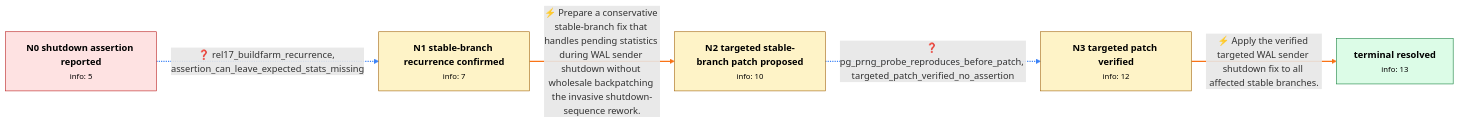
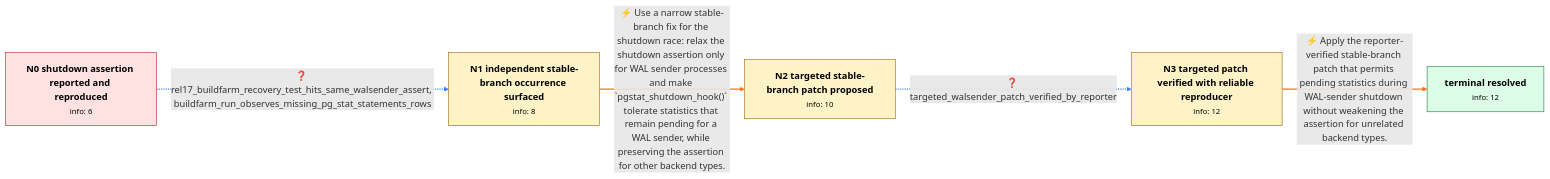
One commit to Chaoyi-He1/graph_bench changed the diagram in data/pgsql_v0/review/pg_bug_18158.md. Above: the diagram before and after it, drawn with Mermaid. The commit also changed other lines of this file and 56 other files, not shown here.

````diff
--- a/data/pgsql_v0/review/pg_bug_18158.md
+++ b/data/pgsql_v0/review/pg_bug_18158.md
@@ -10,24 +10,24 @@
 ```mermaid
 flowchart LR
-    N0["<b>N0 shutdown assertion reported</b><br/><small>info: 5</small>"]
-    N1["<b>N1 stable-branch recurrence confirmed</b><br/><small>info: 7</small>"]
+    N0["<b>N0 shutdown assertion reported and reproduced</b><br/><small>info: 6</small>"]
+    N1["<b>N1 independent stable-branch occurrence surfaced</b><br/><small>info: 8</small>"]
     N2["<b>N2 targeted stable-branch patch proposed</b><br/><small>info: 10</small>"]
-    N3["<b>N3 targeted patch verified</b><br/><small>info: 12</small>"]
-    N_terminal["<b>terminal resolved</b><br/><small>info: 13</small>"]
-    N0 -.->|"❓ rel17_buildfarm_recurrence, assertion_can_leave_expected_stats_missing"| N1
+    N3["<b>N3 targeted patch verified with reliable reproducer</b><br/><small>info: 12</small>"]
+    N_terminal["<b>terminal resolved</b><br/><small>info: 12</small>"]
+    N0 -.->|"❓ rel17_buildfarm_recovery_test_hits_same_walsender_assert, buildfarm_run_observes_missing_pg_stat_statements_rows"| N1
     linkStyle 0 stroke:#3b82f6,stroke-width:2px
-    N1 ==>|"⚡ Prepare a conservative stable-branch fix that handles pending statistics during WAL sender shutdown without wholesale backpatching the invasive shutdown-sequence rework."| N2
+    N1 ==>|"⚡ Use a narrow stable-branch fix for the shutdown race: relax the shutdown assertion only for WAL sender processes and make `pgstat_shutdown_hook()` tolerate statistics that remain pending for a WAL sender, while preserving the assertion for other backend types."| N2
     linkStyle 1 stroke:#f97316,stroke-width:2px
-    N2 -.->|"❓ pg_prng_probe_reproduces_before_patch, targeted_patch_verified_no_assertion"| N3
+    N2 -.->|"❓ targeted_walsender_patch_verified_by_reporter"| N3
     linkStyle 2 stroke:#3b82f6,stroke-width:2px
-    N3 ==>|"⚡ Apply the verified targeted WAL sender shutdown fix to all affected stable branches."| N_terminal
+    N3 ==>|"⚡ Apply the reporter-verified stable-branch patch that permits pending statistics during WAL-sender shutdown without weakening the assertion for unrelated backend types."| N_terminal
     linkStyle 3 stroke:#f97316,stroke-width:2px
     class N0 start
     class N1 normal
     class N2 normal
     class N3 normal
     class N_terminal terminal
     classDef start fill:#fee2e2,stroke:#b91c1c,color:#000
     classDef terminal fill:#dcfce7,stroke:#15803d,color:#000
     classDef normal fill:#fef3c7,stroke:#a16207,color:#000
 ```
````
